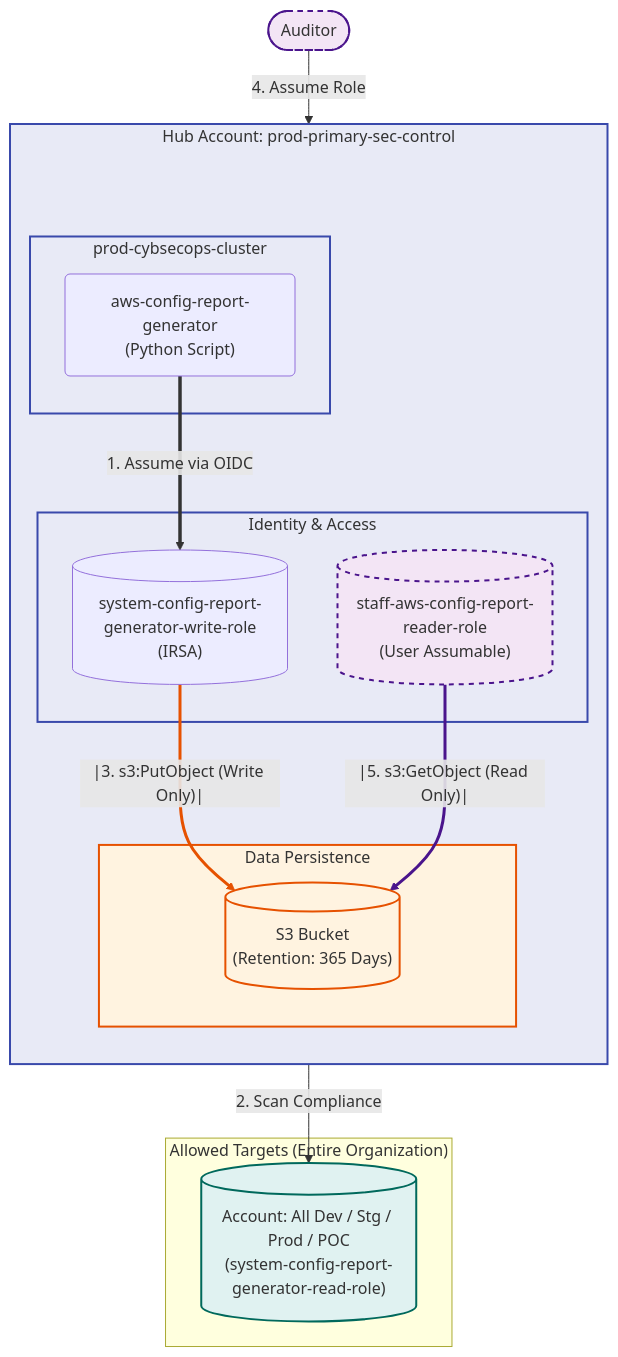
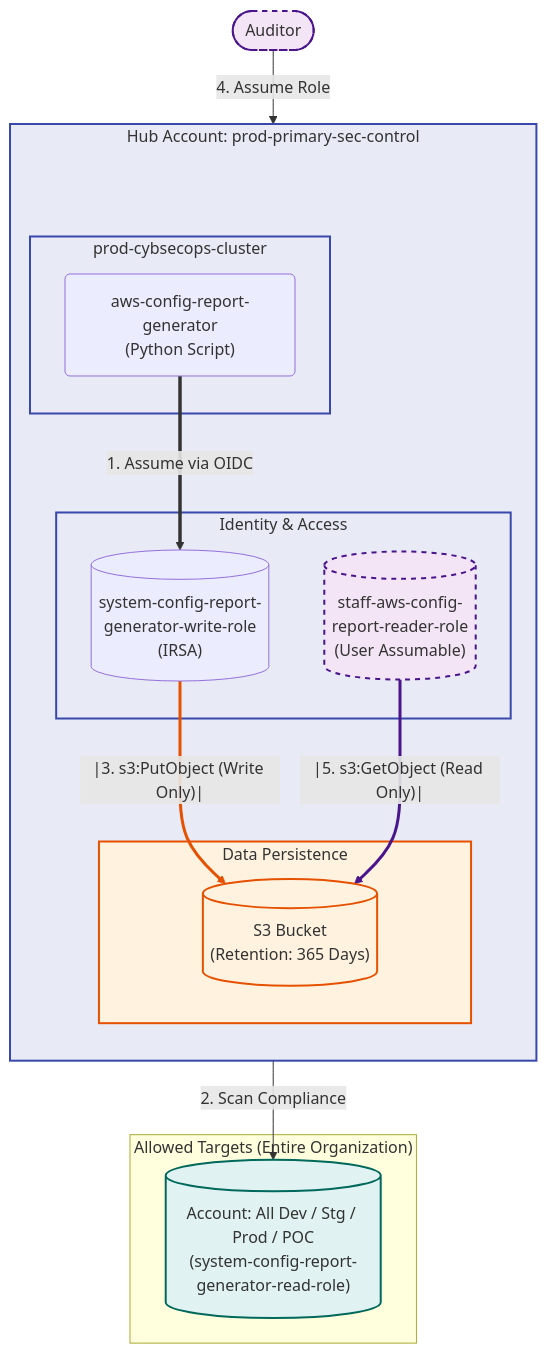
Before and after one commit to andy145155/shared: the diagram in runbook.md, drawn with Mermaid.

````diff
--- a/runbook.md
+++ b/runbook.md
@@ -1,66 +1,59 @@
 ```mermaid
 flowchart TD
     %% Define Styles
     classDef hub fill:#e8eaf6,stroke:#3949ab,stroke-width:2px;
     classDef spoke fill:#e0f2f1,stroke:#00695c,stroke-width:2px;
     classDef storage fill:#fff3e0,stroke:#e65100,stroke-width:2px;
     classDef user fill:#f3e5f5,stroke:#4a148c,stroke-width:2px,stroke-dasharray: 5 5;
     classDef invisible width:0px,height:0px,color:transparent,fill:transparent,stroke:none;
     
     subgraph PROD_Hub ["Hub Account: prod-primary-sec-control"]
         direction TB
         
-        %% Invisible node to push content down (Fixes overlap)
         TitleSpacer[ ]:::invisible
 
         subgraph K8s ["prod-cybsecops-cluster"]
             CronJob("aws-config-report-generator<br>(Python Script)")
         end
 
         subgraph IAM ["Identity & Access"]
-            WriterRole[("system-config-report-generator-write-role<br>(IRSA)")]
-            ReaderRole[("staff-aws-config-report-reader-role<br>(User Assumable)")]
+            %% Added <br> to break long names
+            WriterRole[("system-config-report-<br>generator-write-role<br>(IRSA)")]
+            ReaderRole[("staff-aws-config-<br>report-reader-role<br>(User Assumable)")]
         end
 
         subgraph Data_Layer ["Data Persistence"]
             S3[("S3 Bucket<br>(Retention: 365 Days)")]
         end
     end
 
     subgraph Targets_All ["Allowed Targets (Entire Organization)"]
-        AllSpokes[("Account: All Dev / Stg / Prod / POC<br>(system-config-report-generator-read-role)")]
+        %% Added <br> to break long names
+        AllSpokes[("Account: All Dev / Stg / Prod / POC<br>(system-config-report-<br>generator-read-role)")]
     end
 
     User(["Auditor"])
 
     %% --- EXECUTION FLOW ---
-    %% Link 0: Invisible Spacer Link
     TitleSpacer ~~~ CronJob
-    
-    %% Link 1
     CronJob ==>|1. Assume via OIDC| WriterRole
     
-    %% Audit Flow
-    %% Link 2
     WriterRole -->|2. Scan Compliance| AllSpokes
 
     %% --- S3 WRITE OPERATION ---
-    %% Link 3 (Needs Orange Style)
     WriterRole == "|3. s3:PutObject (Write Only)|" ==> S3
 
     %% --- S3 READ OPERATION ---
-    %% Link 4
     User -->|4. Assume Role| ReaderRole
-    %% Link 5 (Needs Purple Style)
     ReaderRole == "|5. s3:GetObject (Read Only)|" ==> S3
 
     %% Styling
     class PROD_Hub,K8s,IAM hub;
     class AllSpokes spoke;
     class S3,Data_Layer storage;
     class User,ReaderRole user;
     
-    %% Link Styles (Indices 3 and 5 correspond to the Write and Read operations)
+    %% Link Styles
     linkStyle 3 stroke:#e65100,stroke-width:3px; 
     linkStyle 5 stroke:#4a148c,stroke-width:3px;
 ```
````
